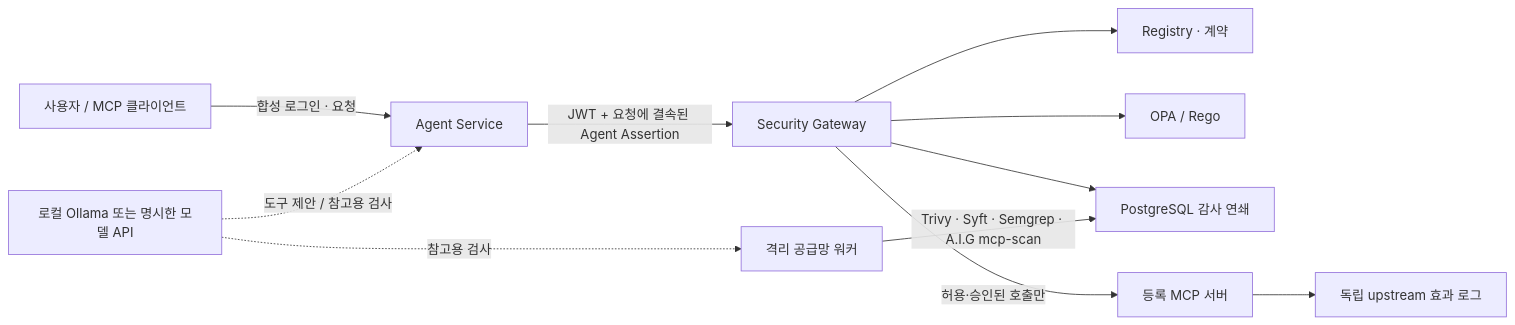
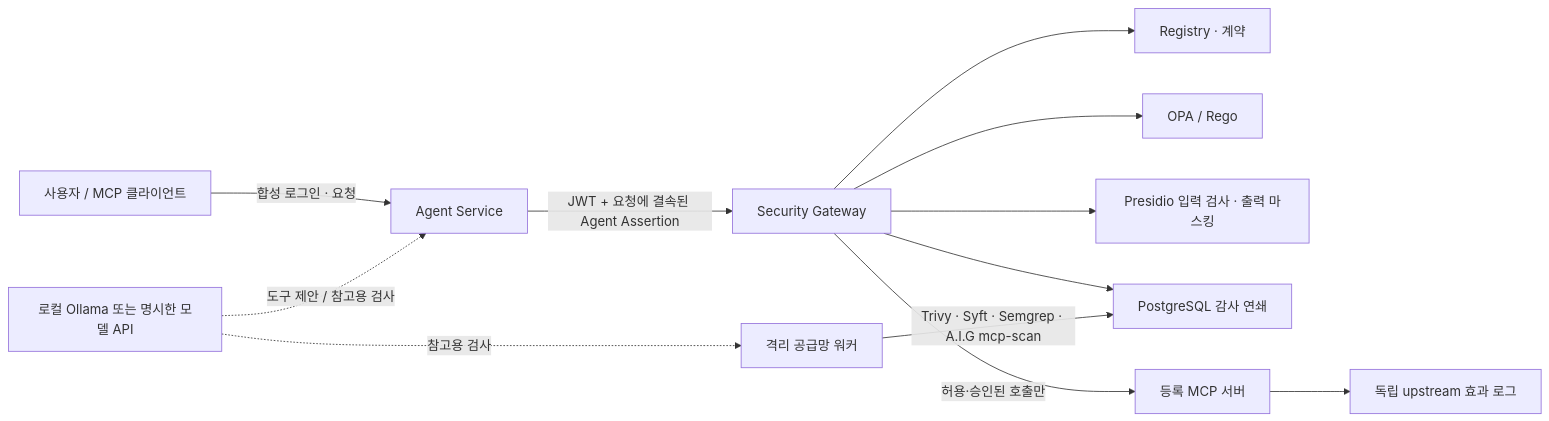
The first of 2 diagrams in README.md (MCP-governance/mcp-gateway), drawn with Mermaid before and after one commit. The commit also changed other lines of this file and 23 other files, not shown here.

```diff
--- a/README.md
+++ b/README.md
@@ -46,13 +48,14 @@
 ~~~mermaid
 flowchart LR
     U["사용자 / MCP 클라이언트"] -->|"합성 로그인 · 요청"| A["Agent Service"]
     A -->|"JWT + 요청에 결속된 Agent Assertion"| G["Security Gateway"]
     G --> C["Registry · 계약"]
     G --> P["OPA / Rego"]
+    G --> X["Presidio 입력 검사 · 출력 마스킹"]
     G --> D["PostgreSQL 감사 연쇄"]
     G -->|"허용·승인된 호출만"| M["등록 MCP 서버"]
     M --> E["독립 upstream 효과 로그"]
     W["격리 공급망 워커"] -->|"Trivy · Syft · Semgrep · A.I.G mcp-scan"| D
     L["로컬 Ollama 또는 명시한 모델 API"] -.->|도구 제안 / 참고용 검사| A
     L -.->|참고용 검사| W
 ~~~
```
